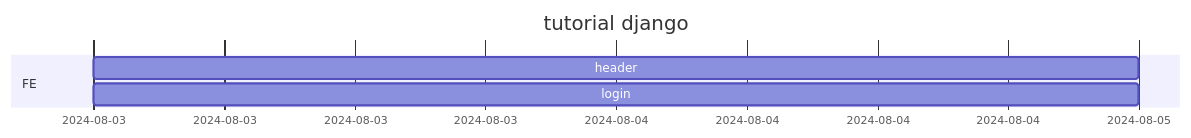
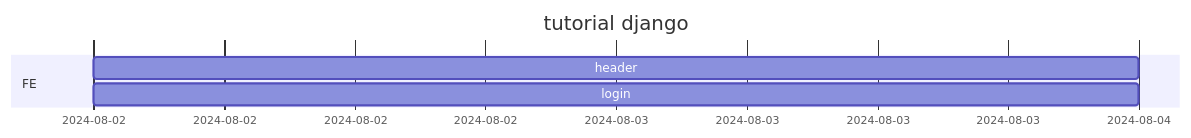
One commit to gustn1029/openMarket changed the diagram in README.md. Above: the diagram before and after it, drawn with Mermaid.

Commit message:
리드미 개발 일정 수정

````diff
--- a/README.md
+++ b/README.md
@@ -61,8 +61,8 @@
 ```mermaid
 gantt
     title tutorial django
     dateFormat YY-MM-DD
     section FE
-        header    :2024-08-03, 2d
-        login    :2024-08-03, 2d
+        header    :2024-08-02, 2d
+        login    :2024-08-02, 2d
 ```
````
